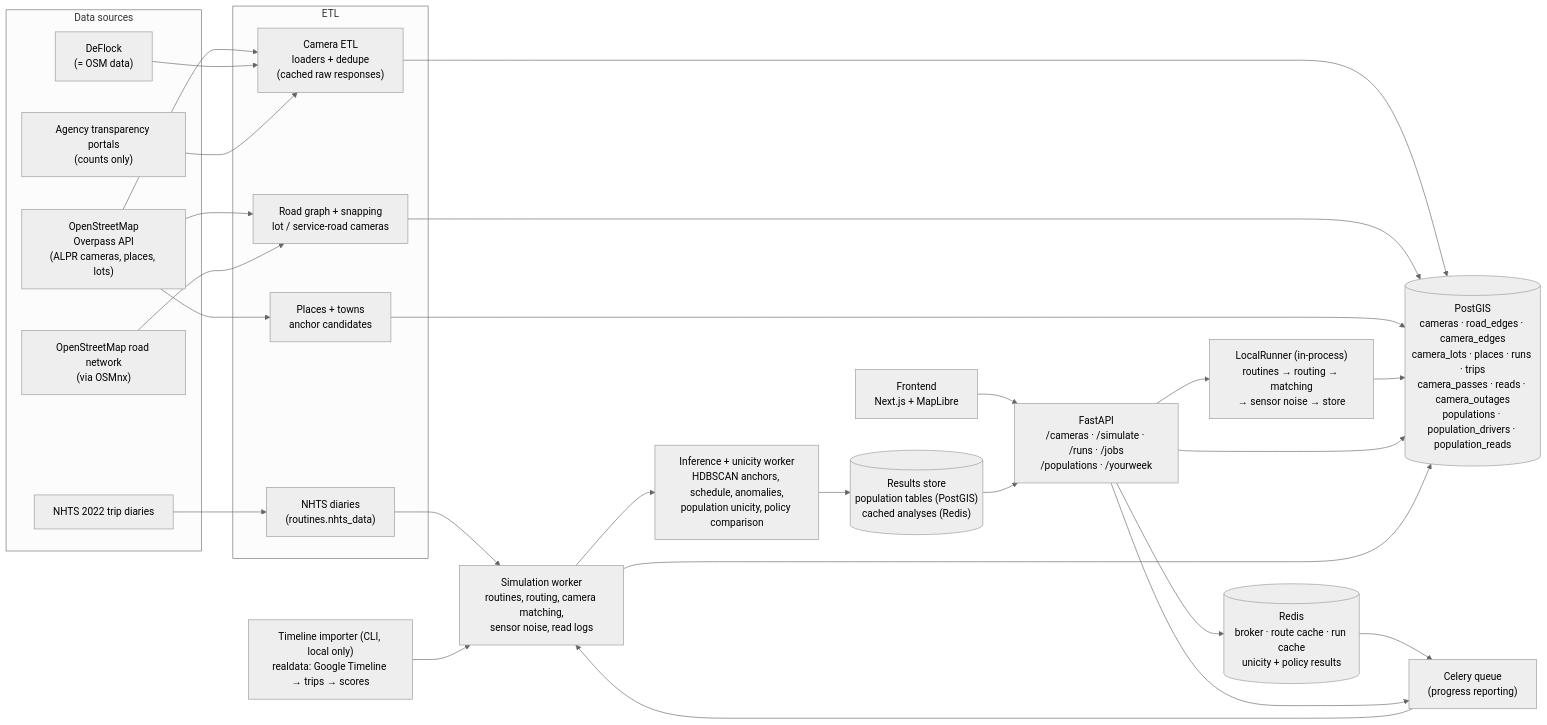
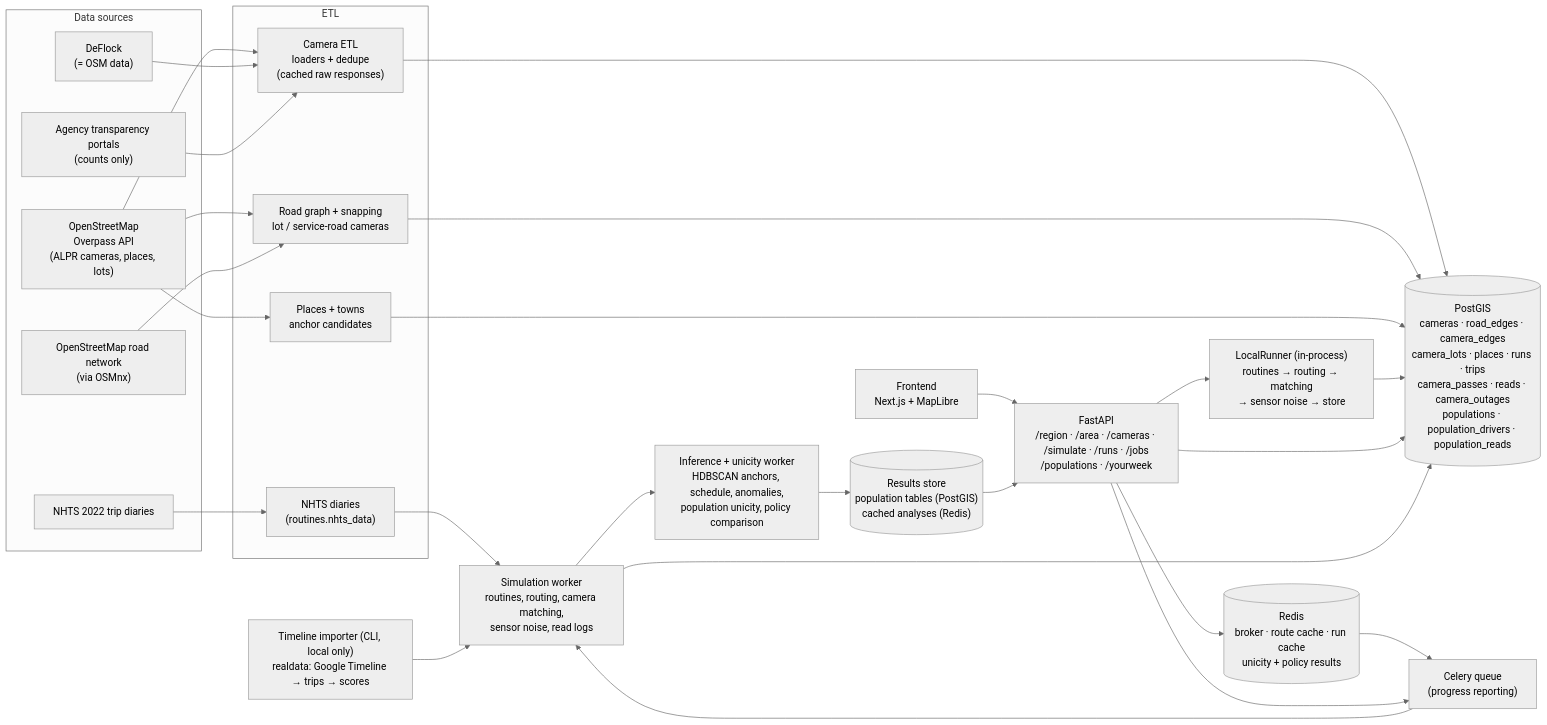
Before and after one commit to RyanPurakal/plate-trail: the diagram in docs/architecture.md, drawn with Mermaid (neutral theme). The commit also changed 24 other files, not shown here.

````diff
--- a/docs/architecture.md
+++ b/docs/architecture.md
@@ -7,59 +7,59 @@
 ```mermaid
 flowchart LR
     %% ---------- sources ----------
     subgraph sources["Data sources"]
         OSM["OpenStreetMap<br/>Overpass API<br/>(ALPR cameras, places, lots)"]
         OSMNX["OpenStreetMap road network<br/>(via OSMnx)"]
         DEFLOCK["DeFlock<br/>(= OSM data)"]
         AGENCY["Agency transparency portals<br/>(counts only)"]
         NHTS["NHTS 2022 trip diaries"]
     end
 
     %% ---------- ETL ----------
     subgraph etl["ETL"]
         CAMETL["Camera ETL<br/>loaders + dedupe<br/>(cached raw responses)"]
         ROADS["Road graph + snapping<br/>lot / service-road cameras"]
         PLACES["Places + towns<br/>anchor candidates"]
         NHTSETL["NHTS diaries<br/>(routines.nhts_data)"]
     end
 
     DB[("PostGIS<br/>cameras · road_edges · camera_edges<br/>camera_lots · places · runs · trips<br/>camera_passes · reads · camera_outages<br/>populations · population_drivers · population_reads")]
 
     %% ---------- app ----------
     FE["Frontend<br/>Next.js + MapLibre"]
-    API["FastAPI<br/>/cameras · /simulate · /runs · /jobs<br/>/populations · /yourweek"]
+    API["FastAPI<br/>/region · /area · /cameras · /simulate · /runs · /jobs<br/>/populations · /yourweek"]
     LOCAL["LocalRunner (in-process)<br/>routines → routing → matching<br/>→ sensor noise → store"]
     REDIS[("Redis<br/>broker · route cache · run cache<br/>unicity + policy results")]
     QUEUE["Celery queue<br/>(progress reporting)"]
     SIMW["Simulation worker<br/>routines, routing, camera matching,<br/>sensor noise, read logs"]
     INFW["Inference + unicity worker<br/>HDBSCAN anchors, schedule, anomalies,<br/>population unicity, policy comparison"]
     RESULTS[("Results store<br/>population tables (PostGIS)<br/>cached analyses (Redis)")]
     TIMELINE["Timeline importer (CLI, local only)<br/>realdata: Google Timeline → trips → scores"]
 
     OSM --> CAMETL
     OSM --> PLACES
     OSM --> ROADS
     OSMNX --> ROADS
     DEFLOCK --> CAMETL
     AGENCY --> CAMETL
     NHTS --> NHTSETL
     CAMETL --> DB
     ROADS --> DB
     PLACES --> DB
     NHTSETL --> SIMW
 
     FE --> API
     API --> LOCAL
     LOCAL --> DB
     API --> DB
 
     API --> REDIS
     REDIS --> QUEUE
     API --> QUEUE
     QUEUE --> SIMW
     SIMW --> INFW
     SIMW --> DB
     INFW --> RESULTS
     RESULTS --> API
     TIMELINE --> SIMW
 ```
````
